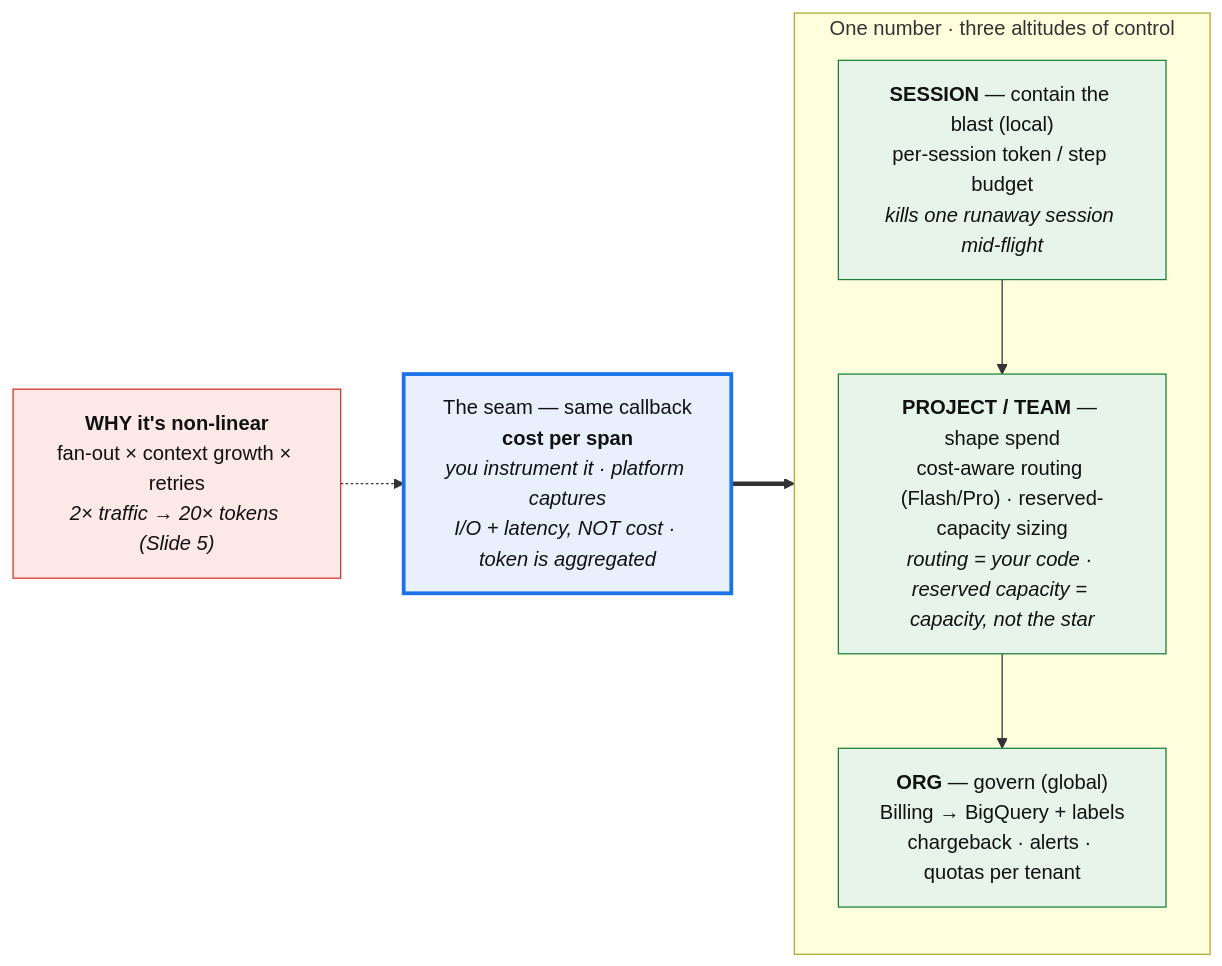
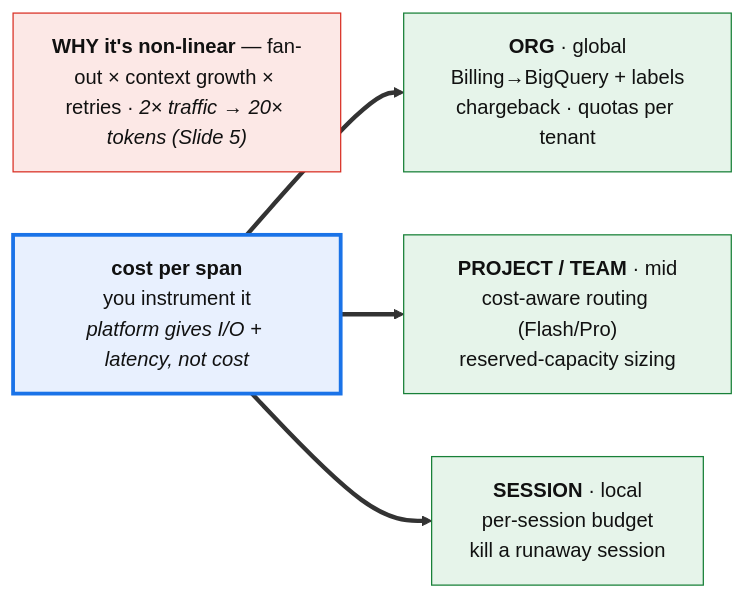
Before and after one commit to leiterenato/l400-managing-production-agents: the third of 3 diagrams in docs/case-2-fundamentos.md, drawn with Mermaid. The commit also changed other lines of this file, not shown here.

Commit message:
Case 2 Slide 7: fix cost architecture geometry (parallel fan, WHY banner)
Replace the chained SESSION→PROJECT→ORG tree (false-sequence, same bug
as Slide 5) with one source (cost/span) → three parallel scopes. WHY
becomes a top banner, not a flow node. Record the alternative concentric
-rings build option.

````diff
--- a/docs/case-2-fundamentos.md
+++ b/docs/case-2-fundamentos.md
@@ -247,21 +249,18 @@
 ```mermaid
 flowchart LR
-  WHY["<b>WHY it's non-linear</b><br/>fan-out × context growth × retries<br/><i>2× traffic → 20× tokens (Slide 5)</i>"]:::why
+  WHY["<b>WHY it's non-linear</b> — fan-out × context growth × retries · <i>2× traffic → 20× tokens (Slide 5)</i>"]:::why
 
-  SEAM["The seam — same callback<br/><b>cost per span</b><br/><i>you instrument it · platform captures<br/>I/O + latency, NOT cost · token is aggregated</i>"]:::seam
+  SEAM["<b>cost per span</b><br/>you instrument it<br/><i>platform gives I/O + latency, not cost</i>"]:::seam
 
-  subgraph TREE["One number · three altitudes of control"]
-    direction TB
-    SESS["<b>SESSION</b> — contain the blast (local)<br/>per-session token / step budget<br/><i>kills one runaway session mid-flight</i>"]:::ctrl
-    PROJ["<b>PROJECT / TEAM</b> — shape spend<br/>cost-aware routing (Flash/Pro) · reserved-capacity sizing<br/><i>routing = your code · reserved capacity = capacity, not the star</i>"]:::ctrl
-    ORG["<b>ORG</b> — govern (global)<br/>Billing → BigQuery + labels<br/>chargeback · alerts · quotas per tenant"]:::ctrl
-    SESS --> PROJ --> ORG
-  end
+  ORG["<b>ORG</b> · global<br/>Billing→BigQuery + labels<br/>chargeback · quotas per tenant"]:::ctrl
+  PROJ["<b>PROJECT / TEAM</b> · mid<br/>cost-aware routing (Flash/Pro)<br/>reserved-capacity sizing"]:::ctrl
+  SESS["<b>SESSION</b> · local<br/>per-session budget<br/>kill a runaway session"]:::ctrl
 
-  WHY -.-> SEAM
+  SEAM ==> ORG
+  SEAM ==> PROJ
   SEAM ==> SESS
 
   classDef why fill:#fce8e6,stroke:#d93025,color:#111
   classDef seam fill:#e8f0fe,stroke:#1a73e8,stroke-width:3px,color:#111
   classDef ctrl fill:#e6f4ea,stroke:#188038,color:#111
 ```
````
